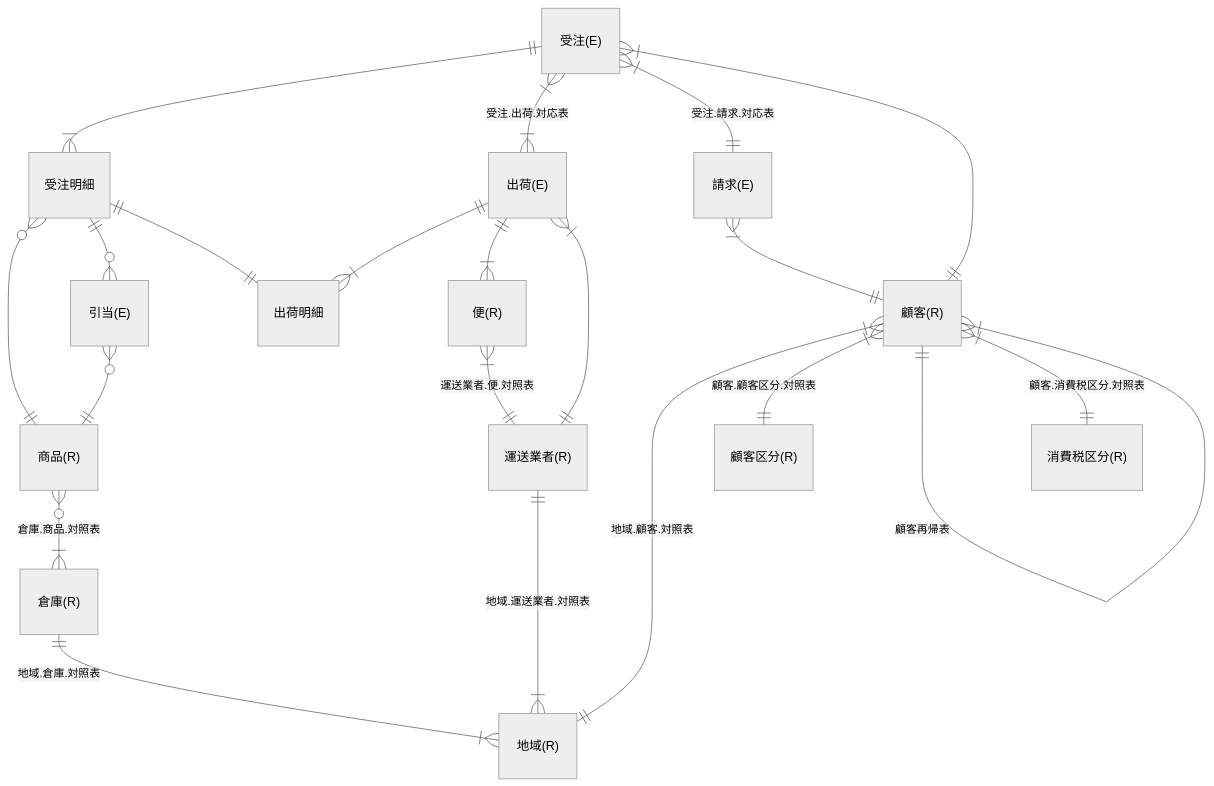
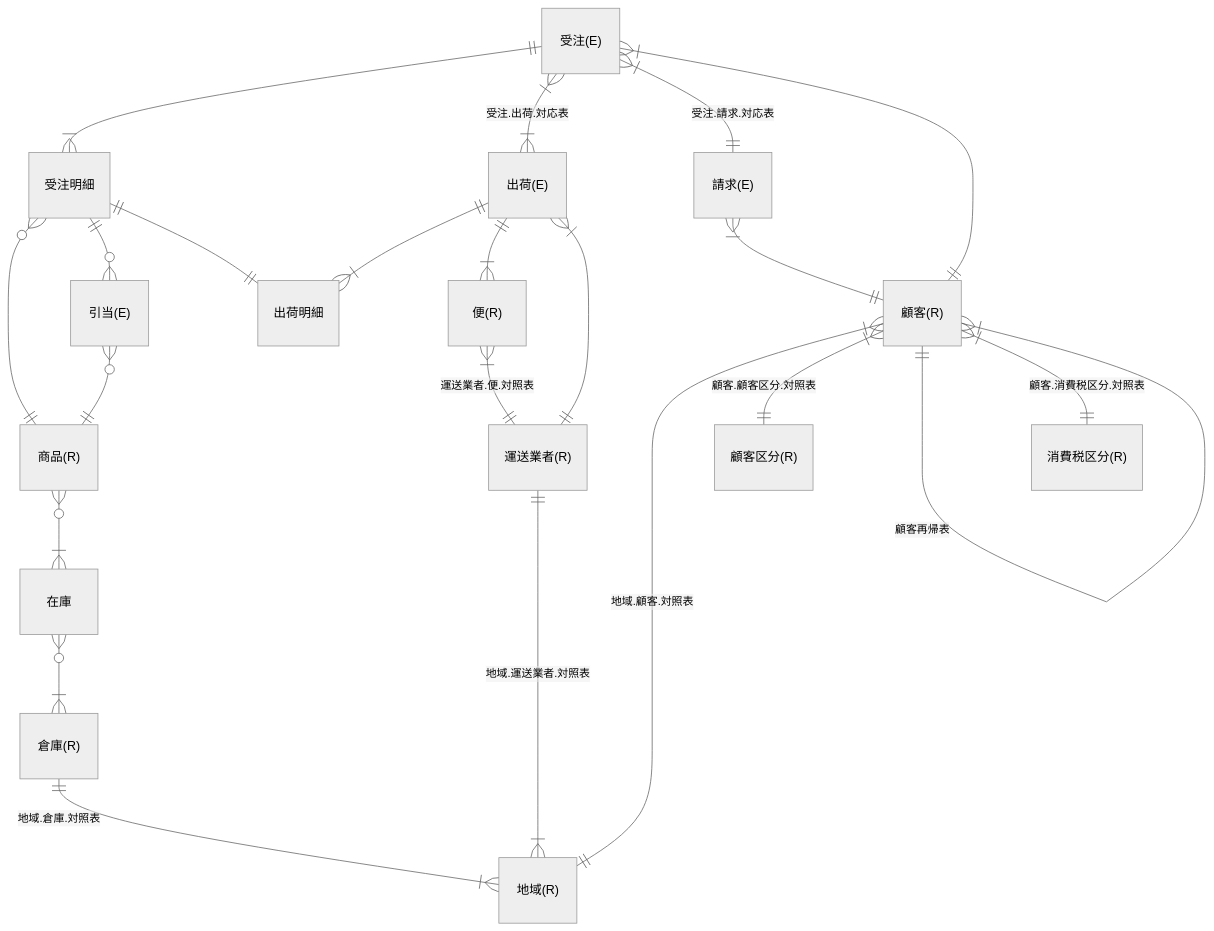
The diagram in documents/data-model.md (system-sekkei/tm-guide), drawn with Mermaid (neutral theme) before and after one commit. The commit also changed 21 other files, not shown here.

````diff
--- a/documents/data-model.md
+++ b/documents/data-model.md
@@ -1,24 +1,25 @@
 ```mermaid
 erDiagram
     "受注(E)" ||--|{ "受注明細" : ""
     "受注明細" }o--|| "商品(R)" : ""
     "受注明細" ||--o{ "引当(E)" : ""
     "引当(E)" }o--|| "商品(R)" : ""
     "出荷(E)" ||--|{ "出荷明細" : ""
     "受注明細" ||--|| "出荷明細" : ""
     "受注(E)" }|--|{ "出荷(E)" : "受注.出荷.対応表"
     "受注(E)" }|--|| "請求(E)" : "受注.請求.対応表"
     "受注(E)" }|--|| "顧客(R)" : ""
     "出荷(E)" ||--|{ "便(R)" : ""
     "出荷(E)" }|--|| "運送業者(R)" : ""
     "請求(E)" }|--|| "顧客(R)" : ""
     "顧客(R)" }|--|| "地域(R)" : "地域.顧客.対照表"
     "倉庫(R)" ||--|{ "地域(R)" : "地域.倉庫.対照表"
     "運送業者(R)" ||--|{ "地域(R)" : "地域.運送業者.対照表"
     "便(R)" }|--|| "運送業者(R)" : "運送業者.便.対照表"
     "顧客(R)" }|--|| "顧客区分(R)" : "顧客.顧客区分.対照表"
     "顧客(R)" ||--|{ "顧客(R)" : "顧客再帰表"
     "顧客(R)" }|--|| "消費税区分(R)" : "顧客.消費税区分.対照表"
-    "商品(R)" }o--|{ "倉庫(R)" : "倉庫.商品.対照表"
+    "商品(R)" }o--|{ "在庫" : ""
+    "在庫" }o--|{ "倉庫(R)" : ""
     
 ```
````
